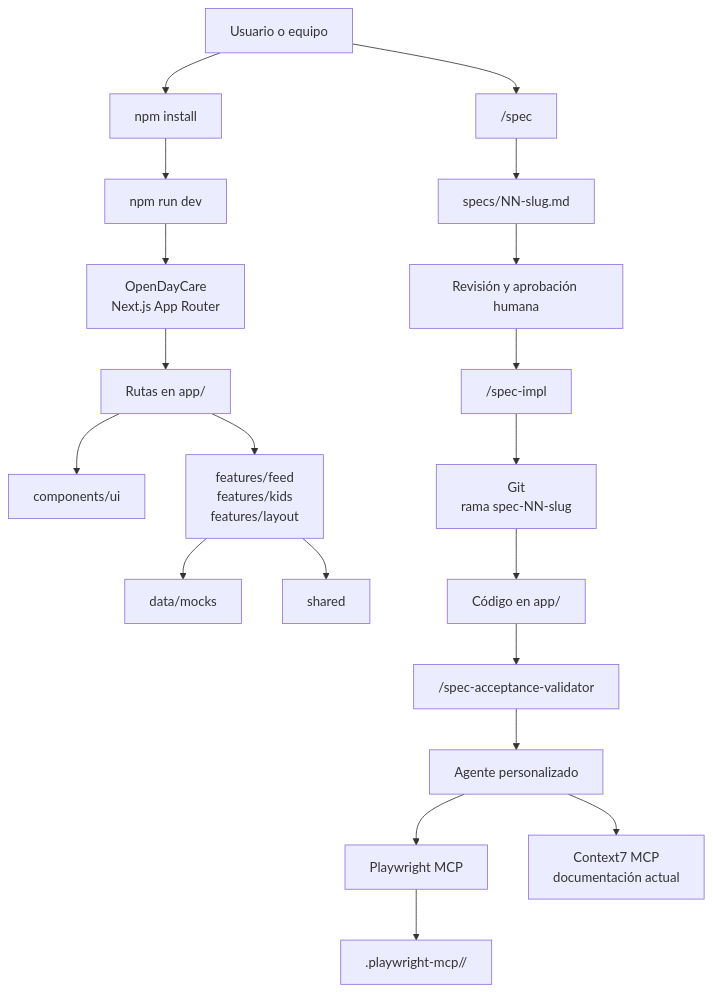
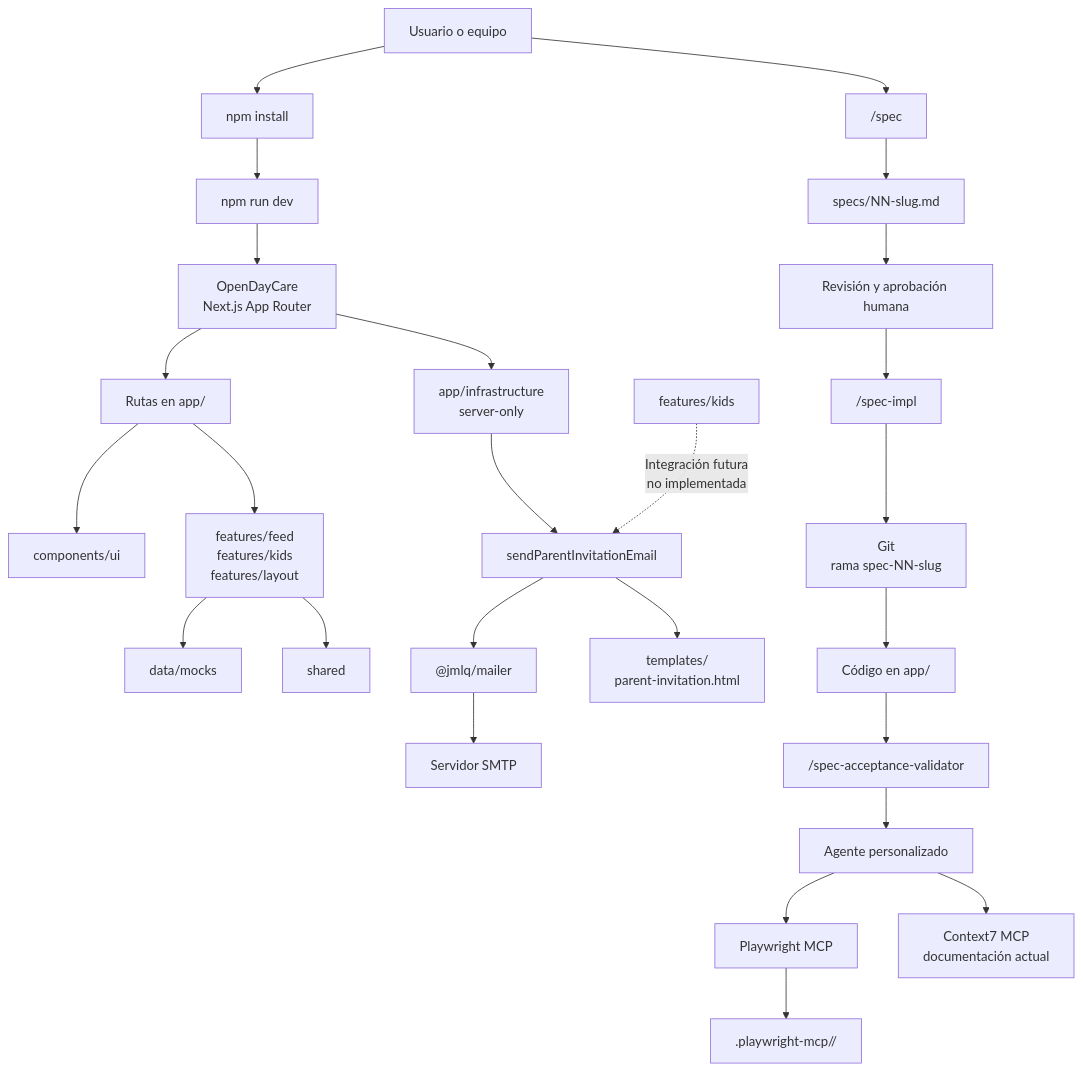
One commit to MLahuasi/opencode-daycare changed the first of 2 diagrams in README.md. Above: the diagram before and after it, drawn with Mermaid. The commit also changed other lines of this file, not shown here.

Commit message:
DayCare - spec-07-parent-invitation-mailer -  Actualizar el diagrama feature-first.

````diff
--- a/README.md
+++ b/README.md
@@ -116,24 +119,31 @@
 ```mermaid
 flowchart TD
     U[Usuario o equipo] --> I[npm install]
     I --> R[npm run dev]
     R --> APP["OpenDayCare<br/>Next.js App Router"]
 
     APP --> ROUTES["Rutas en app/"]
     ROUTES --> UI["components/ui"]
     ROUTES --> FEATURES["features/feed<br/>features/kids<br/>features/layout"]
     FEATURES --> MOCKS["data/mocks"]
     FEATURES --> SHARED[shared]
+
+    APP --> INFRA["app/infrastructure<br/>server-only"]
+    INFRA --> MAILER["sendParentInvitationEmail"]
+    MAILER --> PACKAGE["@jmlq/mailer"]
+    MAILER --> TEMPLATE["templates/<br/>parent-invitation.html"]
+    PACKAGE --> SMTP["Servidor SMTP"]
+    KIDS["features/kids"] -. "Integración futura<br/>no implementada" .-> MAILER
 
     U --> SPEC["/spec"]
     SPEC --> FILE["specs/NN-slug.md"]
     FILE --> HUMAN["Revisión y aprobación humana"]
     HUMAN --> IMPL["/spec-impl"]
     IMPL --> GIT["Git<br/>rama spec-NN-slug"]
     GIT --> CODE["Código en app/"]
     CODE --> VALIDATE["/spec-acceptance-validator"]
     VALIDATE --> AGENT[Agente personalizado]
     AGENT --> PW[Playwright MCP]
     PW --> ART[".playwright-mcp/<Feature>/"]
     AGENT --> C7["Context7 MCP<br/>documentación actual"]
 ```
````
